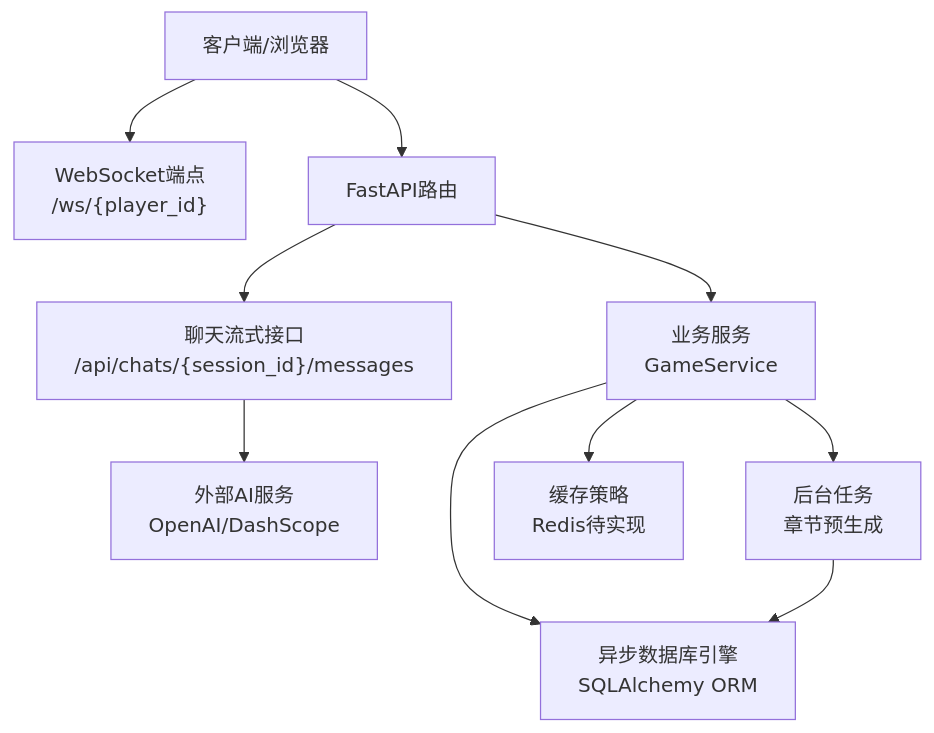
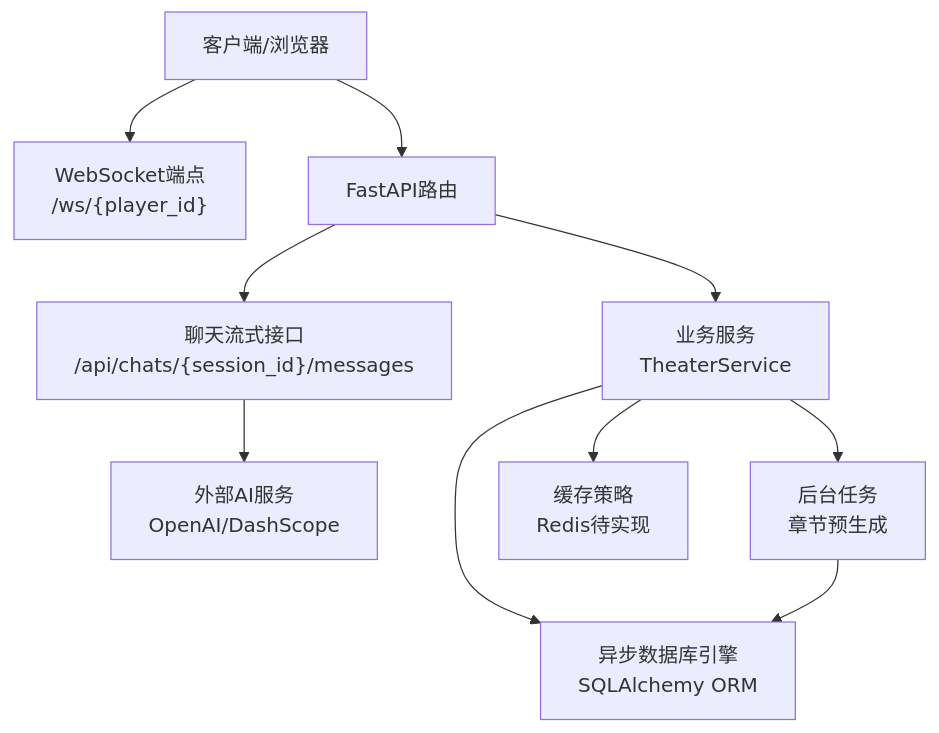
One commit to KunLabAI/KunFlix changed the second of 7 diagrams in .qoder/repowiki/zh/content/部署指南/性能优化/后端性能优化.md. Above: the diagram before and after it, drawn with Mermaid. The commit also changed 112 other files, not shown here.

````diff
--- a/.qoder/repowiki/zh/content/部署指南/性能优化/后端性能优化.md
+++ b/.qoder/repowiki/zh/content/部署指南/性能优化/后端性能优化.md
@@ -103,12 +103,12 @@
 ```mermaid
 graph TB
 Client["客户端/浏览器"] --> WS["WebSocket端点<br/>/ws/{player_id}"]
 Client --> API["FastAPI路由"]
-API --> Svc["业务服务<br/>GameService"]
+API --> Svc["业务服务<br/>TheaterService"]
 Svc --> DB["异步数据库引擎<br/>SQLAlchemy ORM"]
 API --> Chat["聊天流式接口<br/>/api/chats/{session_id}/messages"]
 Chat --> AI["外部AI服务<br/>OpenAI/DashScope"]
 Svc --> BG["后台任务<br/>章节预生成"]
 BG --> DB
 Svc --> Cache["缓存策略<br/>Redis待实现"]
 ```
````
